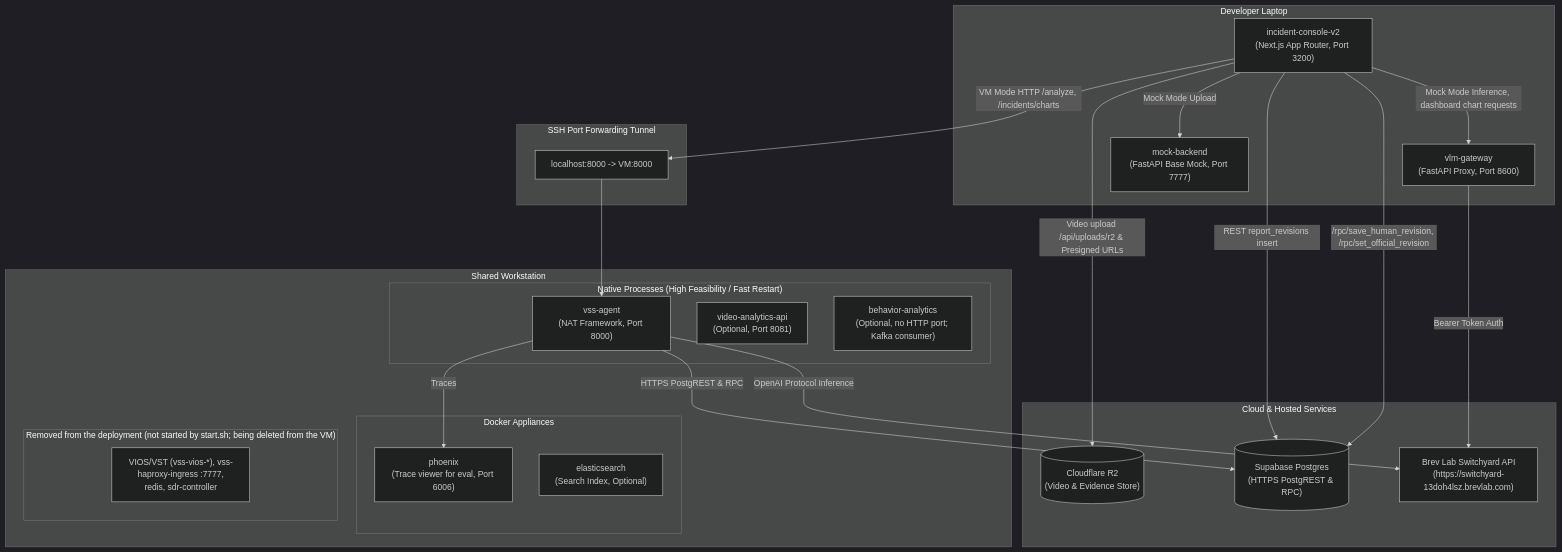
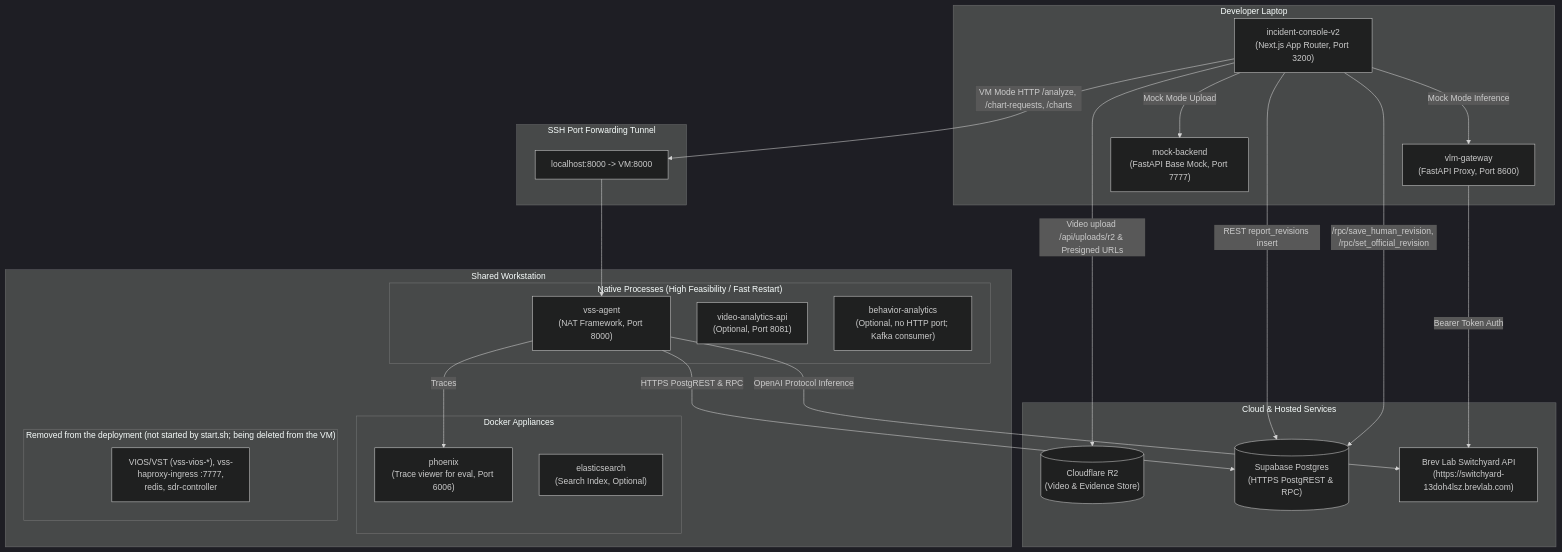
The first of 5 diagrams in deploy/docker/developer-profiles/dev-profile-incident/.docs/architecture.md (Danwidj/video-search-and-summarization), drawn with Mermaid (dark theme) before and after one commit. The commit also changed other lines of this file and 30 other files, not shown here.

First line of the commit message:
feat(incident): dashboard chart requests are read by the VSS agent's own LLM (#459)

````diff
--- a/deploy/docker/developer-profiles/dev-profile-incident/.docs/architecture.md
+++ b/deploy/docker/developer-profiles/dev-profile-incident/.docs/architecture.md
@@ -21,54 +21,54 @@
 ```mermaid
 flowchart TB
     subgraph Laptop["Developer Laptop"]
         UI["incident-console-v2<br/>(Next.js App Router, Port 3200)"]
         Gateway["vlm-gateway<br/>(FastAPI Proxy, Port 8600)"]
         Mock["mock-backend<br/>(FastAPI Base Mock, Port 7777)"]
     end
 
     subgraph Tunnel["SSH Port Forwarding Tunnel"]
         FwdAgent["localhost:8000 -> VM:8000"]
     end
 
     subgraph VM["<vm-host> Shared Workstation"]
         subgraph VMNative["Native Processes (High Feasibility / Fast Restart)"]
             Agent["vss-agent<br/>(NAT Framework, Port 8000)"]
             VideoAnalytics["video-analytics-api<br/>(Optional, Port 8081)"]
             BehaviorAnalytics["behavior-analytics<br/>(Optional, no HTTP port; Kafka consumer)"]
         end
 
         subgraph VMDocker["Docker Appliances"]
             Phoenix["phoenix<br/>(Trace viewer for eval, Port 6006)"]
             Elasticsearch["elasticsearch<br/>(Search Index, Optional)"]
         end
 
         subgraph VMRemoved["Removed from the deployment (not started by start.sh; being deleted from the VM)"]
             Removed["VIOS/VST (vss-vios-*), vss-haproxy-ingress :7777,<br/>redis, sdr-controller"]
         end
     end
 
     subgraph External["Cloud & Hosted Services"]
         R2[("Cloudflare R2<br/>(Video & Evidence Store)")]
         Supabase[("Supabase Postgres<br/>(HTTPS PostgREST & RPC)")]
         Brev["Brev Lab Switchyard API<br/>(https://switchyard-13doh4lsz.brevlab.com)"]
     end
 
     %% Laptop connections
-    UI -->|Mock Mode Inference, dashboard chart requests| Gateway
+    UI -->|Mock Mode Inference| Gateway
     UI -->|Mock Mode Upload| Mock
-    UI -->|VM Mode HTTP /analyze, /incidents/charts| FwdAgent
+    UI -->|VM Mode HTTP /analyze, /chart-requests, /charts| FwdAgent
     UI -->|Video upload /api/uploads/r2 & Presigned URLs| R2
     UI -->|REST report_revisions insert| Supabase
     UI -->|/rpc/save_human_revision, /rpc/set_official_revision| Supabase
 
     %% Gateway Upstream
     Gateway -->|Bearer Token Auth| Brev
 
     %% Tunnel Connections
     FwdAgent --> Agent
 
     %% VM Internal Routing
     Agent -->|Traces| Phoenix
     Agent -->|OpenAI Protocol Inference| Brev
     Agent -->|HTTPS PostgREST & RPC| Supabase
 ```
````
